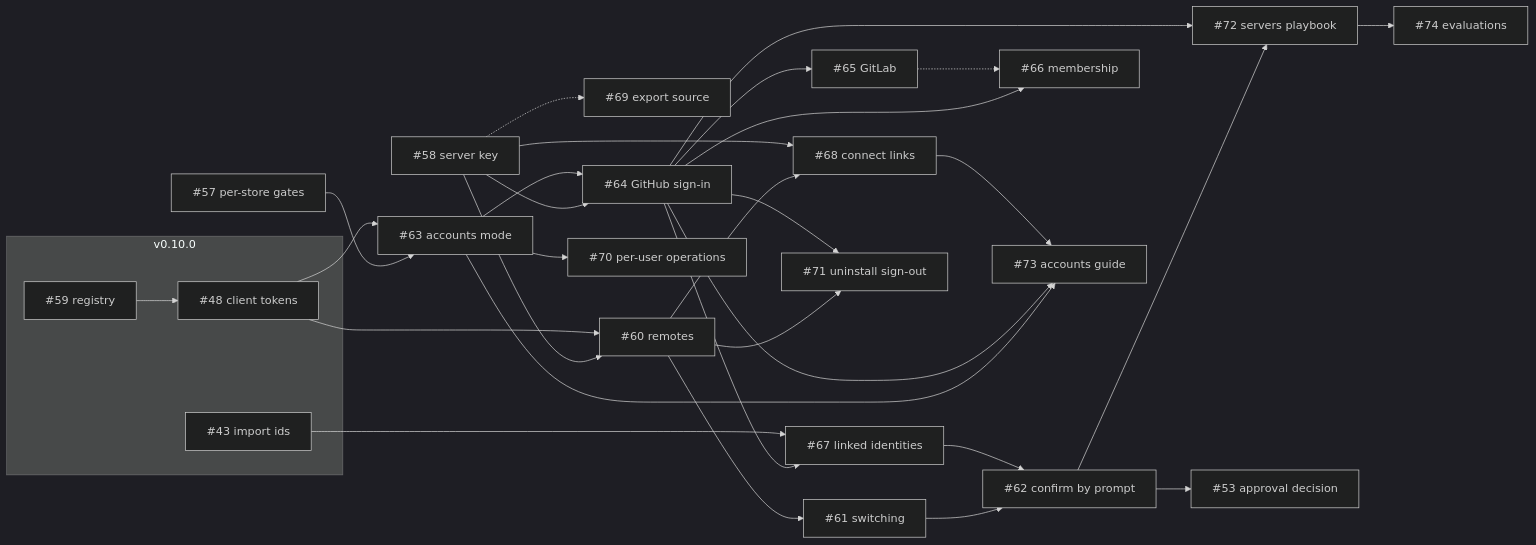
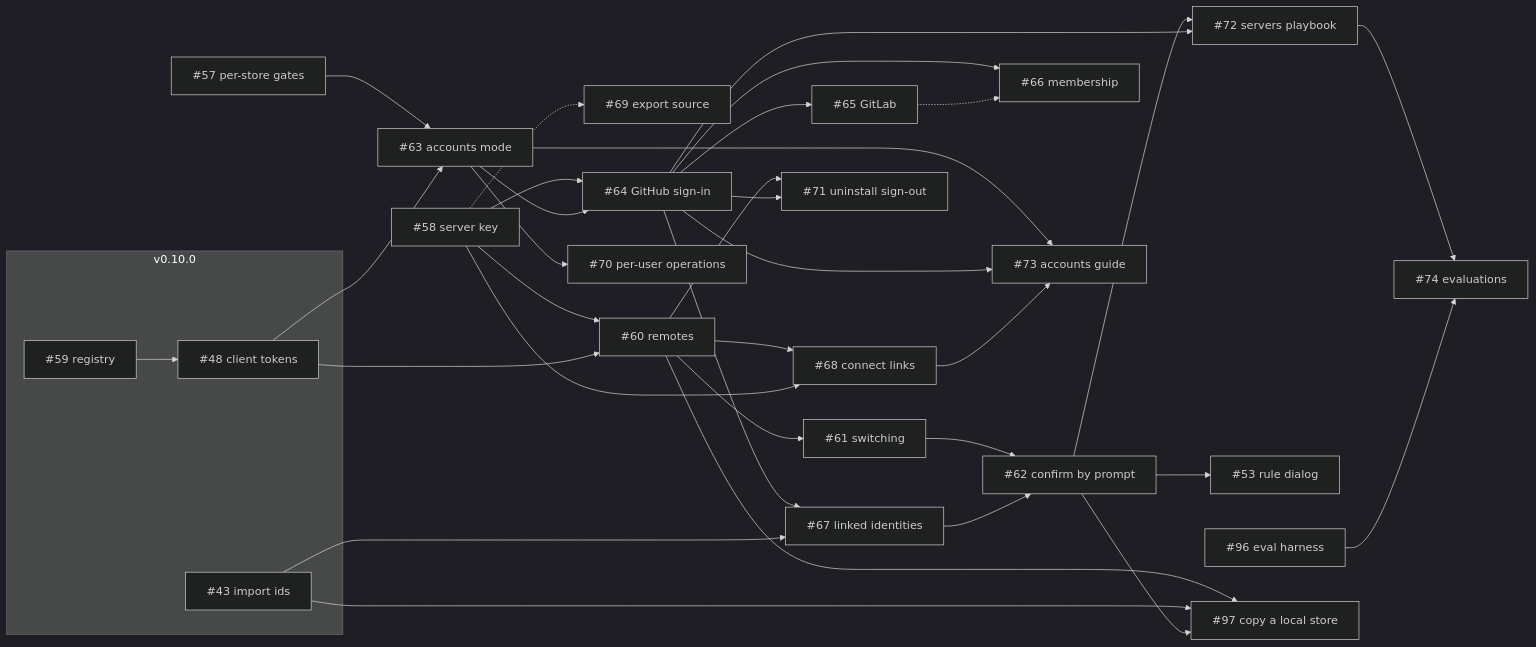
The diagram in design/12-build-order.md (l7aromeo/user-memory), drawn with Mermaid (dark theme) before and after one commit. The commit also changed other lines of this file and 13 other files, not shown here.

````diff
--- a/design/12-build-order.md
+++ b/design/12-build-order.md
@@ -28,55 +35,61 @@
 ```mermaid
 flowchart LR
     subgraph v010[v0.10.0]
         I48["#48 client tokens"]
         I59["#59 registry"]
         I43["#43 import ids"]
     end
     I57["#57 per-store gates"]
     I58["#58 server key"]
     I69["#69 export source"]
     I60["#60 remotes"]
     I63["#63 accounts mode"]
     I61["#61 switching"]
     I64["#64 GitHub sign-in"]
     I68["#68 connect links"]
     I70["#70 per-user operations"]
     I62["#62 confirm by prompt"]
     I65["#65 GitLab"]
     I66["#66 membership"]
     I67["#67 linked identities"]
     I71["#71 uninstall sign-out"]
     I73["#73 accounts guide"]
     I72["#72 servers playbook"]
     I74["#74 evaluations"]
-    I53["#53 approval decision"]
+    I53["#53 rule dialog"]
+    I96["#96 eval harness"]
+    I97["#97 copy a local store"]
 
     I59 --> I48
     I58 --> I60
     I48 --> I60
     I57 --> I63
     I48 --> I63
     I60 --> I61
     I58 --> I64
     I63 --> I64
     I60 --> I68
     I63 --> I70
     I61 --> I62
     I64 --> I65
     I64 --> I66
     I64 --> I67
     I43 --> I67
     I60 --> I71
     I64 --> I71
     I63 --> I73
     I64 --> I73
     I68 --> I73
     I62 --> I72
     I64 --> I72
     I72 --> I74
     I58 --> I68
     I67 --> I62
     I62 --> I53
+    I96 --> I74
+    I60 --> I97
+    I43 --> I97
+    I62 --> I97
     I58 -.-> I69
     I65 -.-> I66
 ```
````
